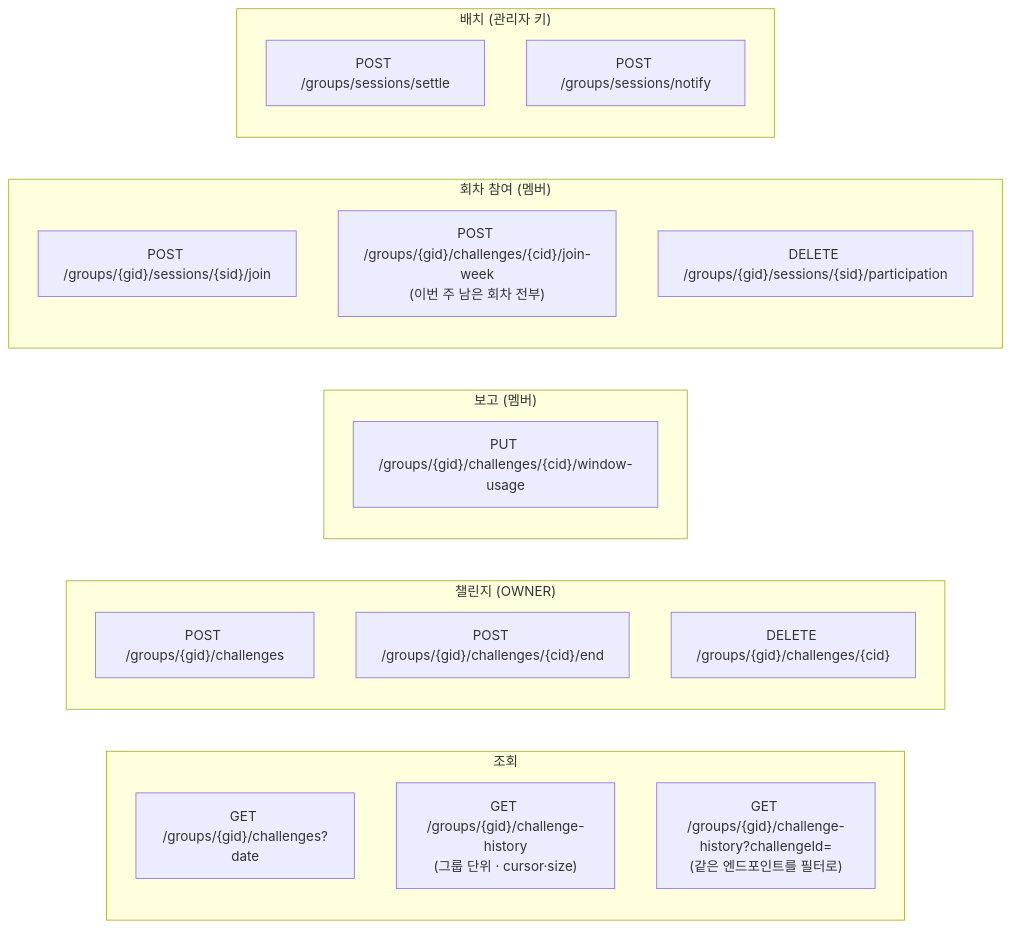
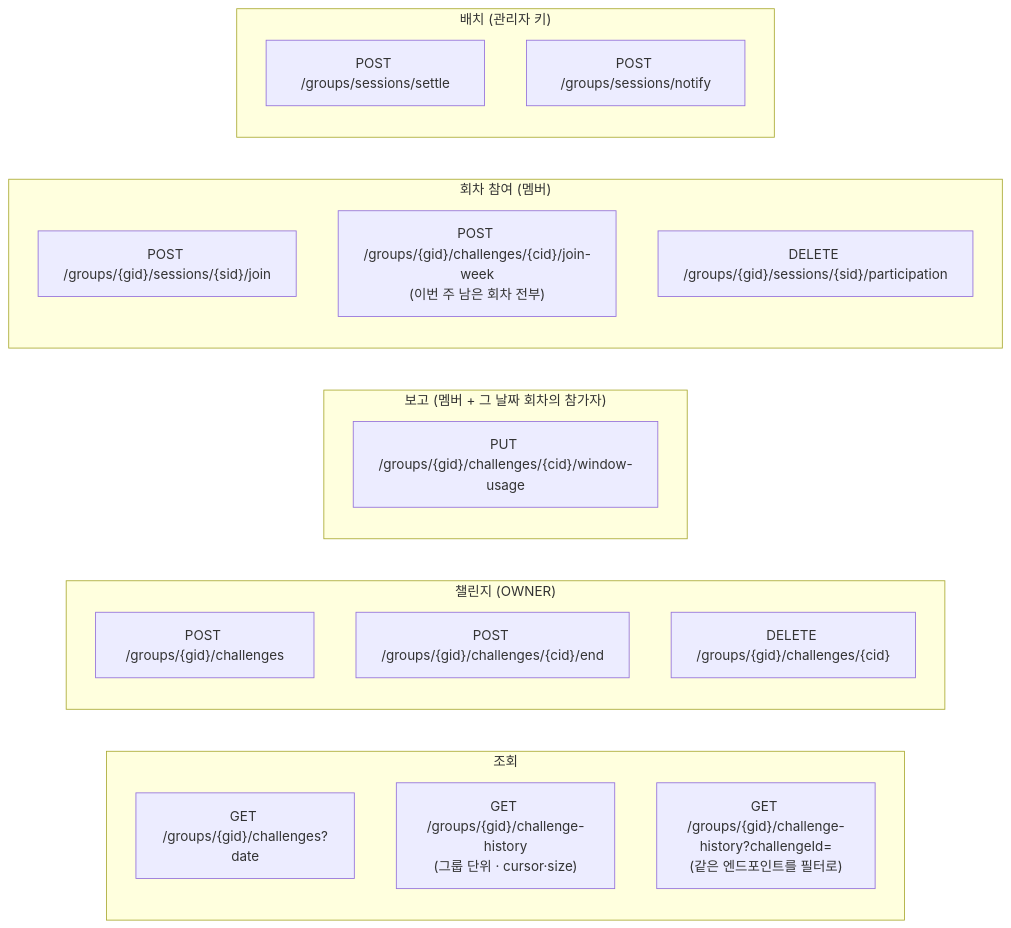
Before and after one commit to OneOrThree/phone: the tenth of 11 diagrams in docs/prd/challenge/information-architecture.md, drawn with Mermaid. The commit also changed other lines of this file and 1 other file, not shown here.

````diff
--- a/docs/prd/challenge/information-architecture.md
+++ b/docs/prd/challenge/information-architecture.md
@@ -475,25 +475,25 @@
 ```mermaid
 flowchart LR
     subgraph read["조회"]
         A1["GET /groups/{gid}/challenges?date"]
         A2["GET /groups/{gid}/challenge-history<br/>(그룹 단위 · cursor·size)"]
         A3["GET /groups/{gid}/challenge-history?challengeId=<br/>(같은 엔드포인트를 필터로)"]
     end
     subgraph write["챌린지 (OWNER)"]
         B1["POST /groups/{gid}/challenges"]
         B3["POST /groups/{gid}/challenges/{cid}/end"]
         B4["DELETE /groups/{gid}/challenges/{cid}"]
     end
-    subgraph report["보고 (멤버)"]
+    subgraph report["보고 (멤버 + 그 날짜 회차의 참가자)"]
         C1["PUT /groups/{gid}/challenges/{cid}/window-usage"]
     end
     subgraph bet["회차 참여 (멤버)"]
         D1["POST /groups/{gid}/sessions/{sid}/join"]
         D2["POST /groups/{gid}/challenges/{cid}/join-week<br/>(이번 주 남은 회차 전부)"]
         D3["DELETE /groups/{gid}/sessions/{sid}/participation"]
     end
     subgraph batch["배치 (관리자 키)"]
         E1["POST /groups/sessions/settle"]
         E2["POST /groups/sessions/notify"]
     end
 ```
````
